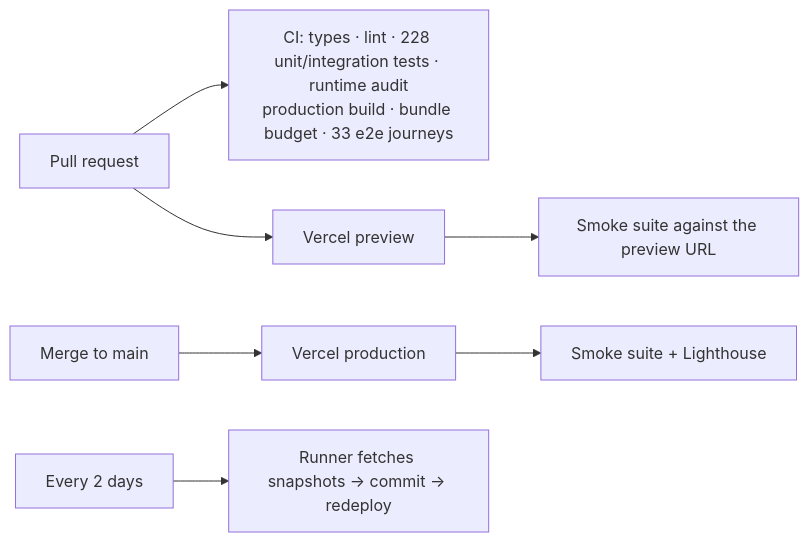
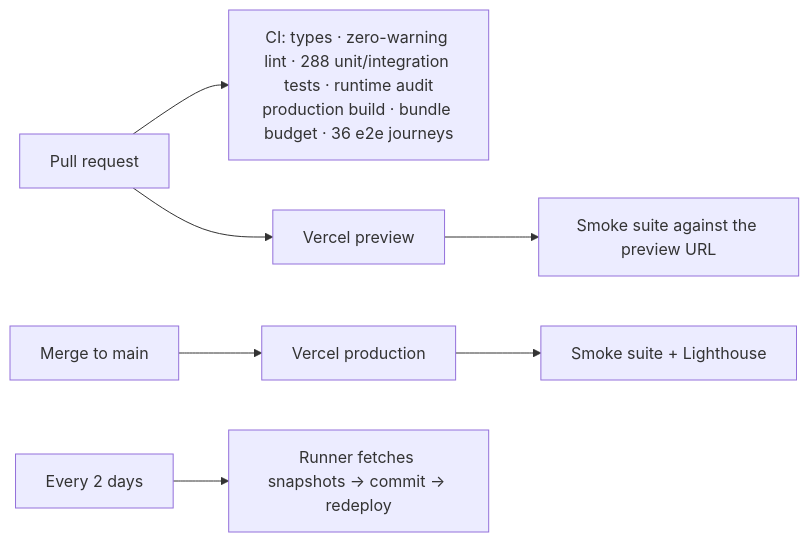
Before and after one commit to Devligan/orbital-insight: the second of 2 diagrams in README.md, drawn with Mermaid. The commit also changed other lines of this file and 4 other files, not shown here.

````diff
--- a/README.md
+++ b/README.md
@@ -101,7 +112,7 @@
 ```mermaid
 flowchart LR
-  PR["Pull request"] --> CI["CI: types · lint · 228 unit/integration tests · runtime audit<br/>production build · bundle budget · 33 e2e journeys"]
+  PR["Pull request"] --> CI["CI: types · zero-warning lint · 288 unit/integration tests · runtime audit<br/>production build · bundle budget · 36 e2e journeys"]
   PR --> PREV["Vercel preview"] --> SMOKE["Smoke suite against the preview URL"]
   MAIN["Merge to main"] --> PROD["Vercel production"] --> CHECKS["Smoke suite + Lighthouse"]
   CRON["Every 2 days"] --> DATA["Runner fetches snapshots → commit → redeploy"]
 ```
````
